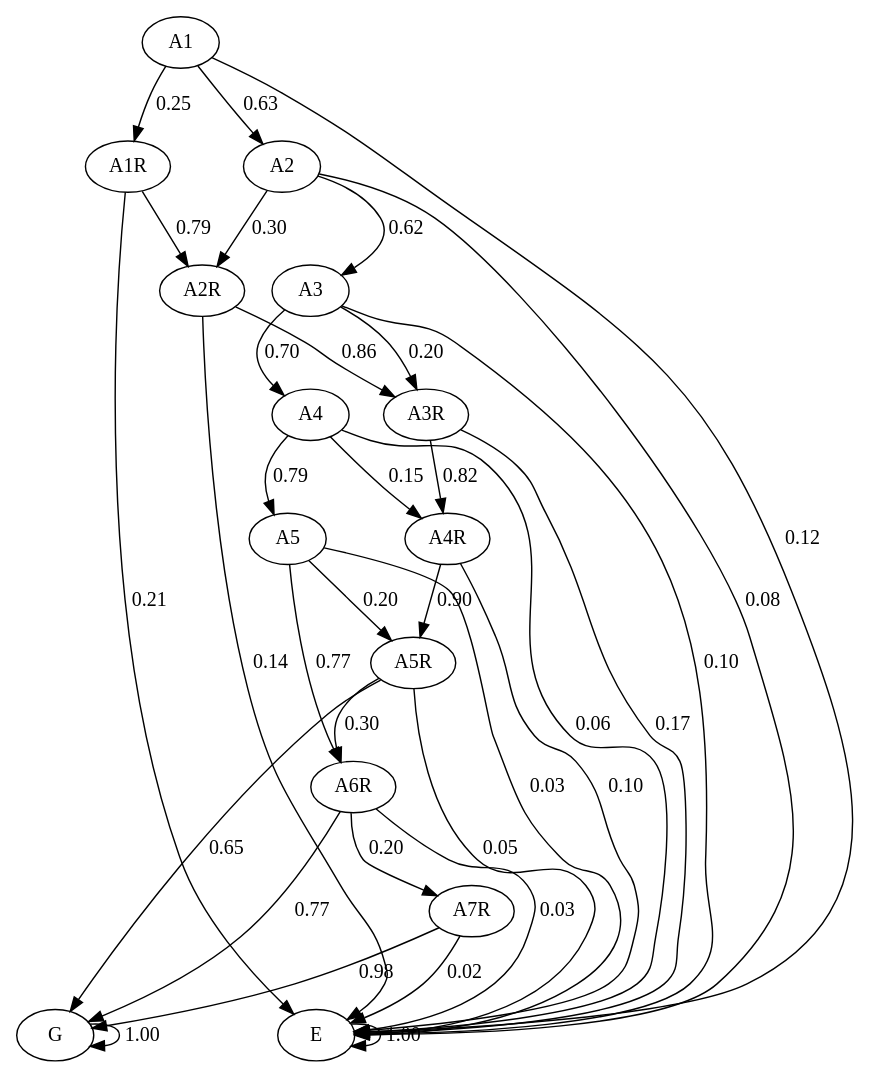
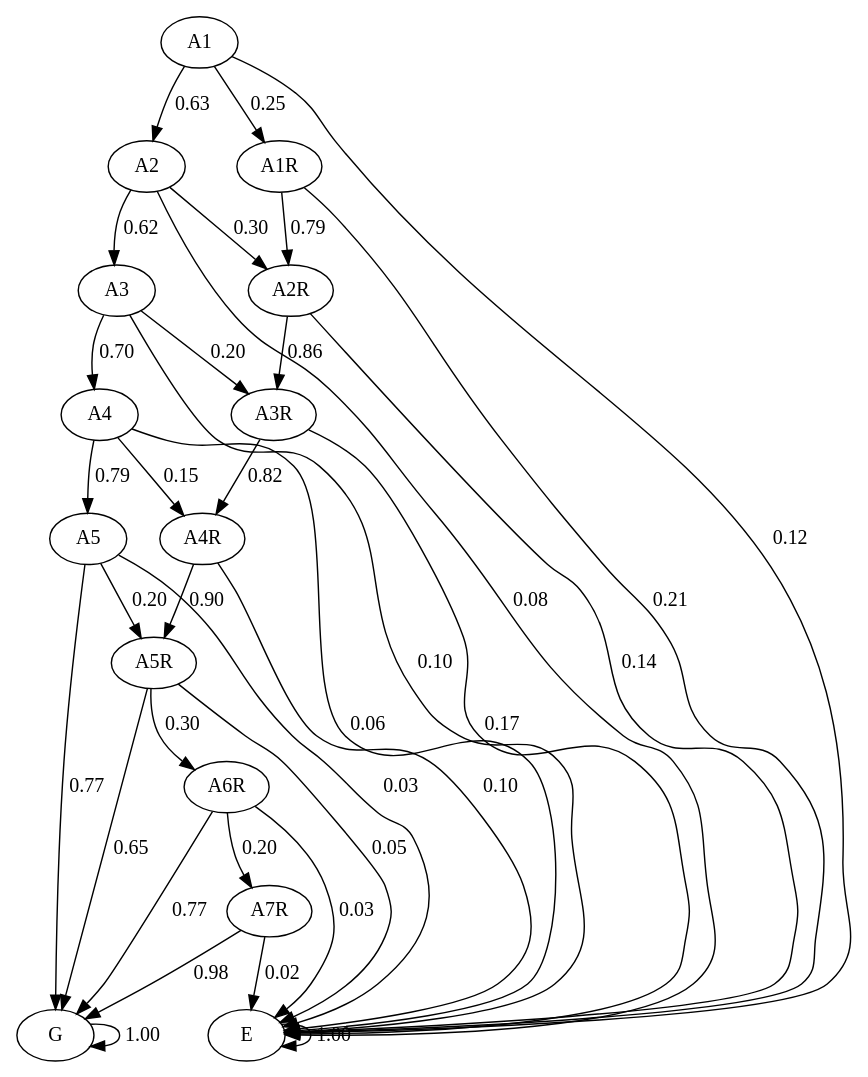
The diagram in mcAnos.dot (JulianaFerreira/educacao), drawn with Graphviz before and after one commit. The commit also changed 3 other files, not shown here.

```diff
--- a/mcAnos.dot
+++ b/mcAnos.dot
@@ -1,49 +1,49 @@
 digraph  {
 "A1";
 "A2";
 "A1R";
 "E";
 "A3";
 "A2R";
 "A4";
 "A3R";
 "A5";
 "A4R";
 "A5R";
+"G";
 "A6R";
-"G";
 "A7R";
 "A1" -> "A2"  [key=0, label="0.63", weight="0.63"];
 "A1" -> "A1R"  [key=0, label="0.25", weight="0.25"];
 "A1" -> "E"  [key=0, label="0.12", weight="0.12"];
 "A2" -> "A3"  [key=0, label="0.62", weight="0.62"];
 "A2" -> "A2R"  [key=0, label="0.30", weight="0.3"];
 "A2" -> "E"  [key=0, label="0.08", weight="0.08"];
 "A1R" -> "A2R"  [key=0, label="0.79", weight="0.79"];
 "A1R" -> "E"  [key=0, label="0.21", weight="0.21"];
 "E" -> "E"  [key=0, label="1.00", weight="1.0"];
 "A3" -> "A4"  [key=0, label="0.70", weight="0.7"];
 "A3" -> "A3R"  [key=0, label="0.20", weight="0.2"];
 "A3" -> "E"  [key=0, label="0.10", weight="0.1"];
 "A2R" -> "A3R"  [key=0, label="0.86", weight="0.86"];
 "A2R" -> "E"  [key=0, label="0.14", weight="0.14"];
 "A4" -> "A5"  [key=0, label="0.79", weight="0.79"];
 "A4" -> "A4R"  [key=0, label="0.15", weight="0.15"];
 "A4" -> "E"  [key=0, label="0.06", weight="0.06"];
 "A3R" -> "A4R"  [key=0, label="0.82", weight="0.825"];
 "A3R" -> "E"  [key=0, label="0.17", weight="0.175"];
 "A5" -> "A5R"  [key=0, label="0.20", weight="0.2"];
-"A5" -> "A6R"  [key=0, label="0.77", weight="0.77"];
+"A5" -> "G"  [key=0, label="0.77", weight="0.77"];
 "A5" -> "E"  [key=0, label="0.03", weight="0.03"];
 "A4R" -> "A5R"  [key=0, label="0.90", weight="0.895"];
 "A4R" -> "E"  [key=0, label="0.10", weight="0.105"];
 "A5R" -> "A6R"  [key=0, label="0.30", weight="0.3"];
 "A5R" -> "G"  [key=0, label="0.65", weight="0.6475"];
 "A5R" -> "E"  [key=0, label="0.05", weight="0.0525"];
+"G" -> "G"  [key=0, label="1.00", weight="1.0"];
 "A6R" -> "A7R"  [key=0, label="0.20", weight="0.2"];
 "A6R" -> "G"  [key=0, label="0.77", weight="0.77"];
 "A6R" -> "E"  [key=0, label="0.03", weight="0.03"];
-"G" -> "G"  [key=0, label="1.00", weight="1.0"];
 "A7R" -> "G"  [key=0, label="0.98", weight="0.98"];
 "A7R" -> "E"  [key=0, label="0.02", weight="0.02"];
 }
```
